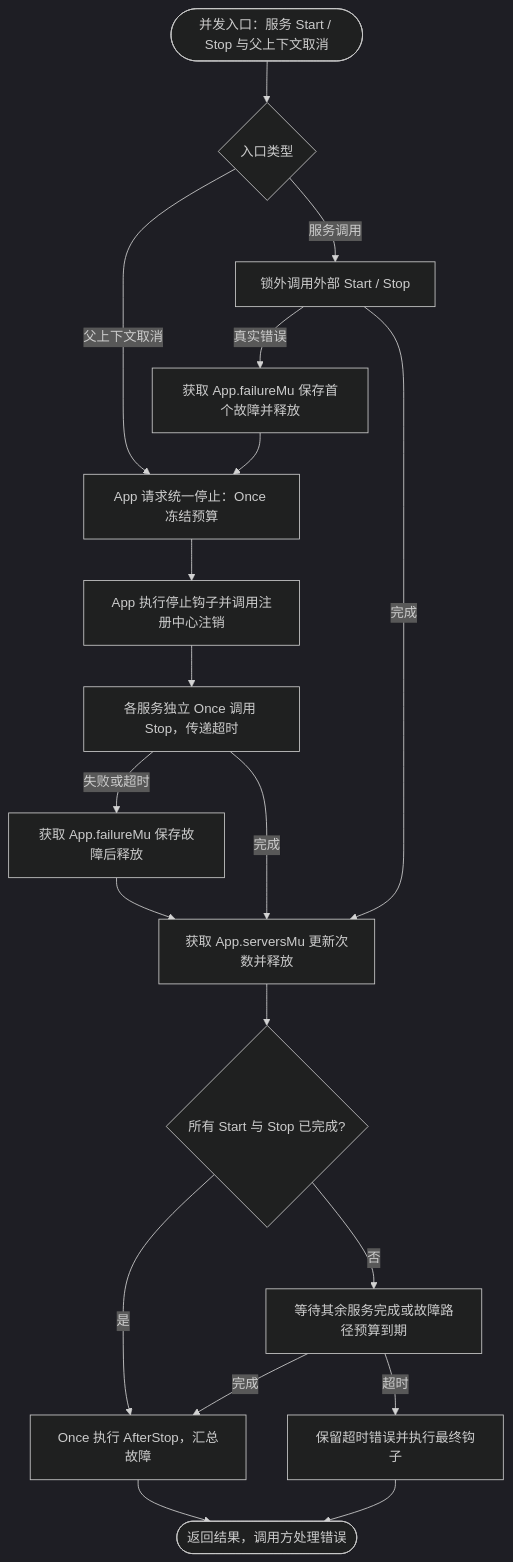
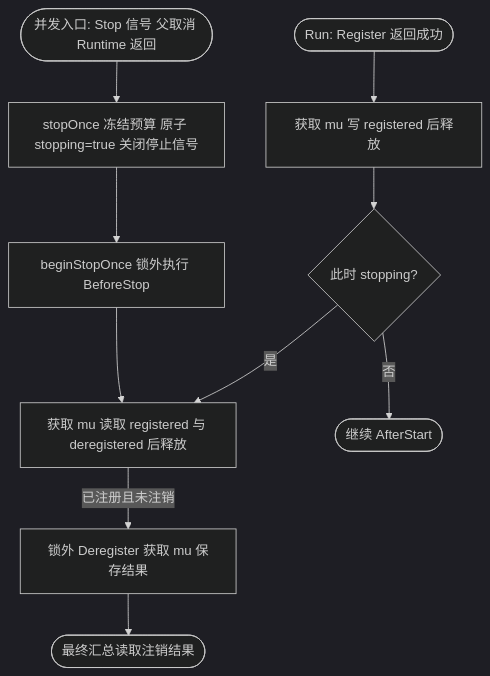
One commit to jaggerzhuang1994/kratos-foundation changed the ninth of 12 diagrams in pkg/app/README.md. Above: the diagram before and after it, drawn with Mermaid (dark theme). The commit also changed other lines of this file and 31 other files, not shown here.

````diff
--- a/pkg/app/README.md
+++ b/pkg/app/README.md
@@ -256,21 +249,12 @@
 ```mermaid
 flowchart TD
-    A([并发入口：服务 Start / Stop 与父上下文取消]) --> B{入口类型}
-    B -- 父上下文取消 --> C[App 请求统一停止：Once 冻结预算]
-    B -- 服务调用 --> D[锁外调用外部 Start / Stop]
-    D -- 真实错误 --> E[获取 App.failureMu 保存首个故障并释放]
-    E --> C
-    D -- 完成 --> F[获取 App.serversMu 更新次数并释放]
-    C --> G[App 执行停止钩子并调用注册中心注销]
-    G --> H[各服务独立 Once 调用 Stop，传递超时]
-    H -- 失败或超时 --> N[获取 App.failureMu 保存故障后释放]
-    N --> F
-    H -- 完成 --> F
-    F --> I{所有 Start 与 Stop 已完成?}
-    I -- 是 --> J[Once 执行 AfterStop，汇总故障]
-    I -- 否 --> K[等待其余服务完成或故障路径预算到期]
-    K -- 完成 --> J
-    K -- 超时 --> L[保留超时错误并执行最终钩子]
-    J --> M([返回结果，调用方处理错误])
-    L --> M
+    A([并发入口: Stop 信号 父取消 Runtime 返回]) --> B[stopOnce 冻结预算 原子 stopping=true 关闭停止信号]
+    B --> C[beginStopOnce 锁外执行 BeforeStop]
+    C --> D[获取 mu 读取 registered 与 deregistered 后释放]
+    D -- 已注册且未注销 --> E[锁外 Deregister 获取 mu 保存结果]
+    R([Run: Register 返回成功]) --> S[获取 mu 写 registered 后释放]
+    S --> T{此时 stopping?}
+    T -- 是 --> D
+    T -- 否 --> U([继续 AfterStart])
+    E --> F([最终汇总读取注销结果])
 ```
````
